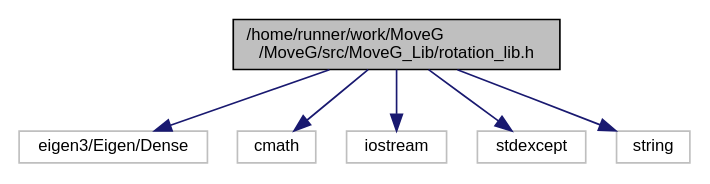
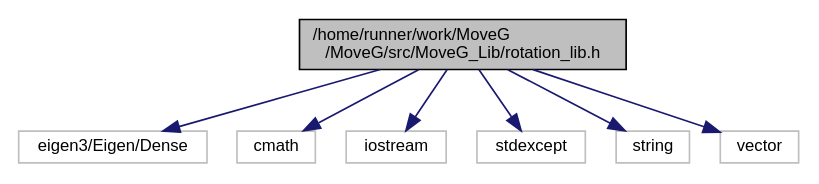
One commit to GiorgioMedico/MoveG changed the diagram in rotation__lib_8h__incl.dot. Above: the diagram before and after it, drawn with Graphviz. The commit also changed 3 other files, not shown here.

```diff
--- a/rotation__lib_8h__incl.dot
+++ b/rotation__lib_8h__incl.dot
@@ -1,17 +1,19 @@
 digraph "/home/runner/work/MoveG/MoveG/src/MoveG_Lib/rotation_lib.h"
 {
  // LATEX_PDF_SIZE
   edge [fontname="Helvetica",fontsize="10",labelfontname="Helvetica",labelfontsize="10"];
   node [fontname="Helvetica",fontsize="10",shape=record];
   Node1 [label="/home/runner/work/MoveG\l/MoveG/src/MoveG_Lib/rotation_lib.h",height=0.2,width=0.4,color="black", fillcolor="grey75", style="filled", fontcolor="black",tooltip=" "];
   Node1 -> Node2 [color="midnightblue",fontsize="10",style="solid",fontname="Helvetica"];
   Node2 [label="eigen3/Eigen/Dense",height=0.2,width=0.4,color="grey75", fillcolor="white", style="filled",tooltip=" "];
   Node1 -> Node3 [color="midnightblue",fontsize="10",style="solid",fontname="Helvetica"];
   Node3 [label="cmath",height=0.2,width=0.4,color="grey75", fillcolor="white", style="filled",tooltip=" "];
   Node1 -> Node4 [color="midnightblue",fontsize="10",style="solid",fontname="Helvetica"];
   Node4 [label="iostream",height=0.2,width=0.4,color="grey75", fillcolor="white", style="filled",tooltip=" "];
   Node1 -> Node5 [color="midnightblue",fontsize="10",style="solid",fontname="Helvetica"];
   Node5 [label="stdexcept",height=0.2,width=0.4,color="grey75", fillcolor="white", style="filled",tooltip=" "];
   Node1 -> Node6 [color="midnightblue",fontsize="10",style="solid",fontname="Helvetica"];
   Node6 [label="string",height=0.2,width=0.4,color="grey75", fillcolor="white", style="filled",tooltip=" "];
+  Node1 -> Node7 [color="midnightblue",fontsize="10",style="solid",fontname="Helvetica"];
+  Node7 [label="vector",height=0.2,width=0.4,color="grey75", fillcolor="white", style="filled",tooltip=" "];
 }
```
